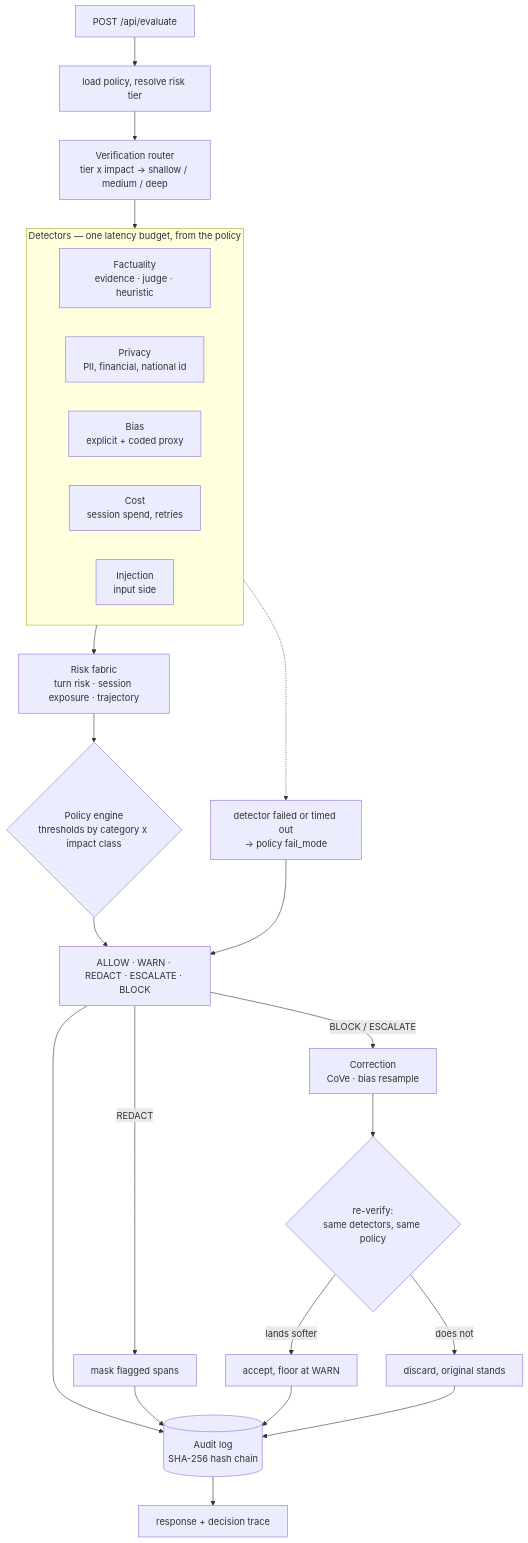
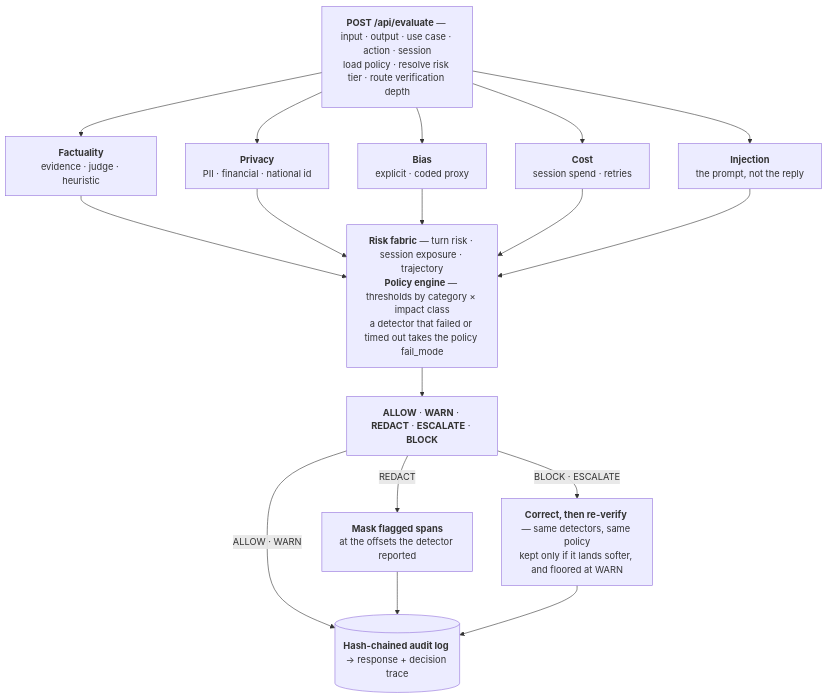
One commit to Lakshya44444/aether changed the diagram in README.md. Above: the diagram before and after it, drawn with Mermaid. The commit also changed other lines of this file, not shown here.

Commit message:
docs: rename to Aether and refit the pipeline diagram to a square

````diff
--- a/README.md
+++ b/README.md
@@ -58,34 +58,26 @@
 ```mermaid
-flowchart TD
-    REQ["POST /api/evaluate"] --> CTX["load policy, resolve risk tier"]
-    CTX --> ROUTE["Verification router<br/>tier x impact -> shallow / medium / deep"]
+flowchart TB
+    REQ["<b>POST /api/evaluate</b> — input · output · use case · action · session<br/>load policy · resolve risk tier · route verification depth"]
 
-    ROUTE --> DET
-    subgraph DET["Detectors — one latency budget, from the policy"]
-        direction LR
-        F["Factuality<br/>evidence · judge · heuristic"]
-        P["Privacy<br/>PII, financial, national id"]
-        B["Bias<br/>explicit + coded proxy"]
-        C["Cost<br/>session spend, retries"]
-        I["Injection<br/>input side"]
-    end
+    D1["<b>Factuality</b><br/>evidence · judge · heuristic"]
+    D2["<b>Privacy</b><br/>PII · financial · national id"]
+    D3["<b>Bias</b><br/>explicit · coded proxy"]
+    D4["<b>Cost</b><br/>session spend · retries"]
+    D5["<b>Injection</b><br/>the prompt, not the reply"]
 
-    DET --> FAB["Risk fabric<br/>turn risk · session exposure · trajectory"]
-    FAB --> POL{"Policy engine<br/>thresholds by category x impact class"}
-    POL --> DEC["ALLOW · WARN · REDACT · ESCALATE · BLOCK"]
+    POL["<b>Risk fabric</b> — turn risk · session exposure · trajectory<br/><b>Policy engine</b> — thresholds by category × impact class<br/>a detector that failed or timed out takes the policy fail_mode"]
 
-    FAIL["detector failed or timed out<br/>-> policy fail_mode"] --> DEC
-    DET -.-> FAIL
+    DEC["<b>ALLOW</b> · <b>WARN</b> · <b>REDACT</b> · <b>ESCALATE</b> · <b>BLOCK</b>"]
 
-    DEC -->|REDACT| MASK["mask flagged spans"]
-    DEC -->|BLOCK / ESCALATE| CORR["Correction<br/>CoVe · bias resample"]
-    CORR --> REV{"re-verify:<br/>same detectors, same policy"}
-    REV -->|lands softer| ACCEPT["accept, floor at WARN"]
-    REV -->|does not| KEEP["discard, original stands"]
+    MASK["<b>Mask flagged spans</b><br/>at the offsets the detector reported"]
+    CORR["<b>Correct, then re-verify</b> — same detectors, same policy<br/>kept only if it lands softer, and floored at WARN"]
 
-    DEC --> AUDIT[("Audit log<br/>SHA-256 hash chain")]
+    AUDIT[("<b>Hash-chained audit log</b> → response + decision trace")]
+
+    REQ --> D1 & D2 & D3 & D4 & D5 --> POL --> DEC
+    DEC -->|REDACT| MASK
+    DEC -->|BLOCK · ESCALATE| CORR
+    DEC -->|ALLOW · WARN| AUDIT
     MASK --> AUDIT
-    ACCEPT --> AUDIT
-    KEEP --> AUDIT
-    AUDIT --> RESP["response + decision trace"]
+    CORR --> AUDIT
 ```
````
